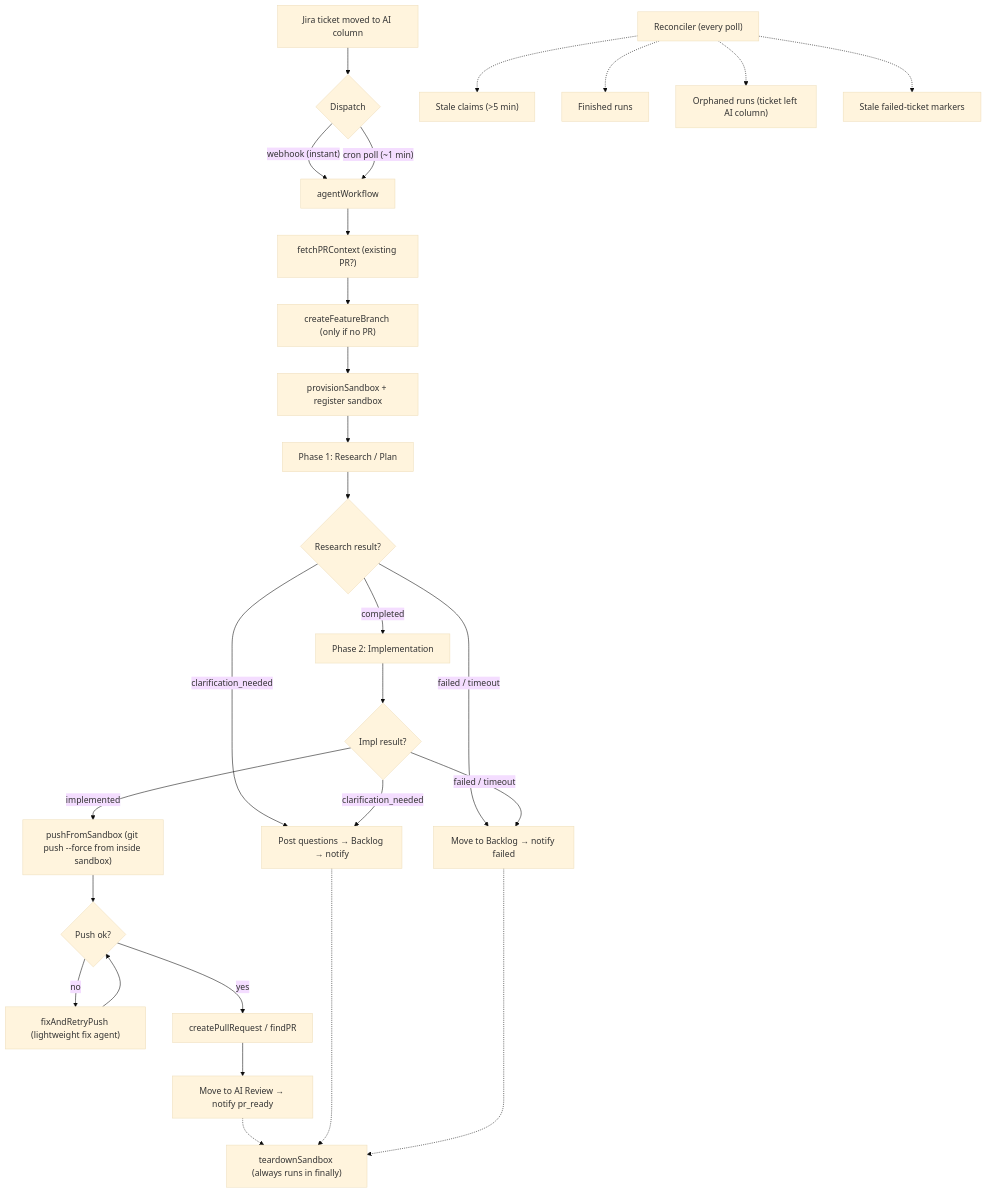
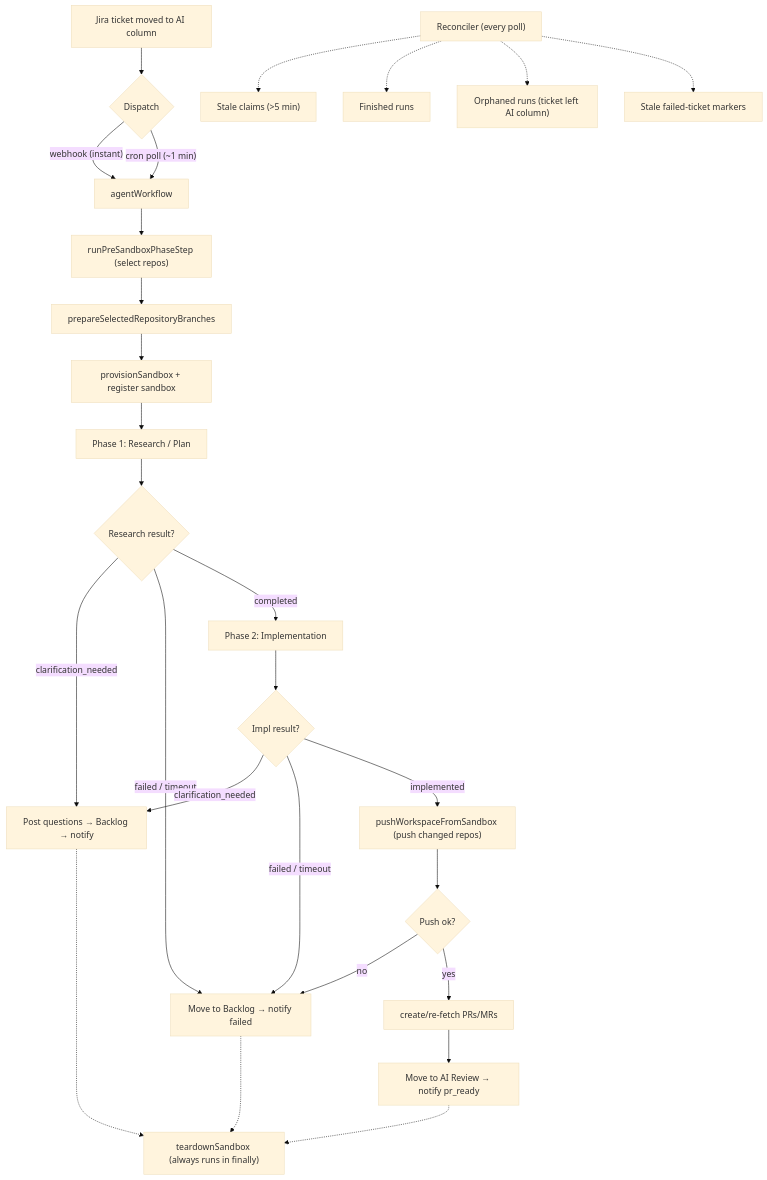
One commit to Blazity/ai-workflow changed the diagram in README.md. Above: the diagram before and after it, drawn with Mermaid (base theme). The commit also changed other lines of this file and 40 other files, not shown here.

````diff
--- a/README.md
+++ b/README.md
@@ -70,37 +70,36 @@
 ```mermaid
 flowchart TD
     A["Jira ticket moved to AI column"] --> B{"Dispatch"}
     B -- "webhook (instant)" --> D["agentWorkflow"]
     B -- "cron poll (~1 min)" --> D
 
-    D --> E["fetchPRContext (existing PR?)"]
-    E --> F["createFeatureBranch (only if no PR)"]
+    D --> E["runPreSandboxPhaseStep (select repos)"]
+    E --> F["prepareSelectedRepositoryBranches"]
     F --> G["provisionSandbox + register sandbox"]
 
     G --> P1["Phase 1: Research / Plan"]
     P1 --> P1R{Research result?}
     P1R -- "clarification_needed" --> CL["Post questions → Backlog → notify"]
     P1R -- "failed / timeout" --> FB["Move to Backlog → notify failed"]
     P1R -- "completed" --> P2["Phase 2: Implementation"]
 
     P2 --> P2R{Impl result?}
     P2R -- "clarification_needed" --> CL
     P2R -- "failed / timeout" --> FB
-    P2R -- "implemented" --> PUSH["pushFromSandbox (git push --force from inside sandbox)"]
+    P2R -- "implemented" --> PUSH["pushWorkspaceFromSandbox (push changed repos)"]
 
     PUSH --> PUSHR{Push ok?}
-    PUSHR -- "no" --> FIX["fixAndRetryPush (lightweight fix agent)"]
-    FIX --> PUSHR
-    PUSHR -- "yes" --> PR["createPullRequest / findPR"]
+    PUSHR -- "no" --> FB
+    PUSHR -- "yes" --> PR["create/re-fetch PRs/MRs"]
     PR --> MV["Move to AI Review → notify pr_ready"]
 
     TD["teardownSandbox (always runs in finally)"]
     MV -.-> TD
     CL -.-> TD
     FB -.-> TD
 
     R["Reconciler (every poll)"] -.-> R1["Stale claims (>5 min)"]
     R -.-> R2["Finished runs"]
     R -.-> R3["Orphaned runs (ticket left AI column)"]
     R -.-> R4["Stale failed-ticket markers"]
 ```
````
